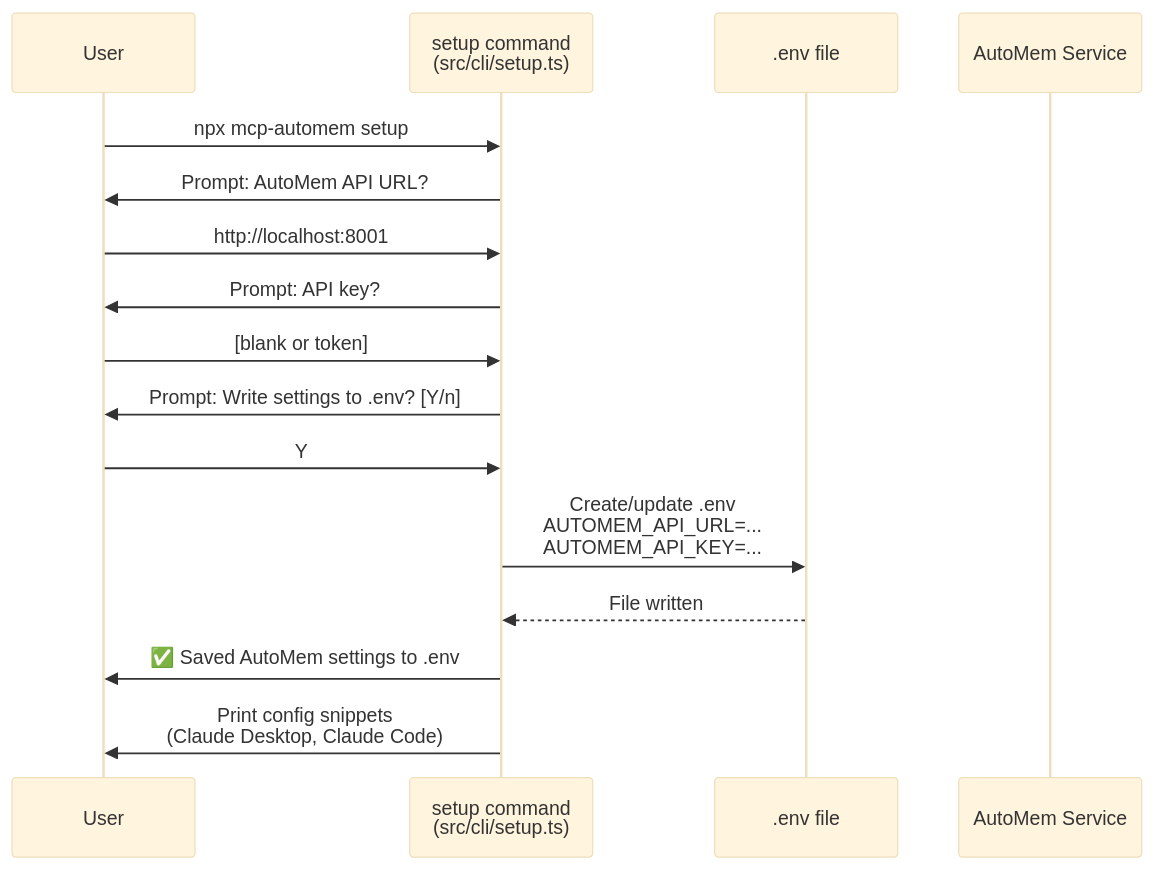
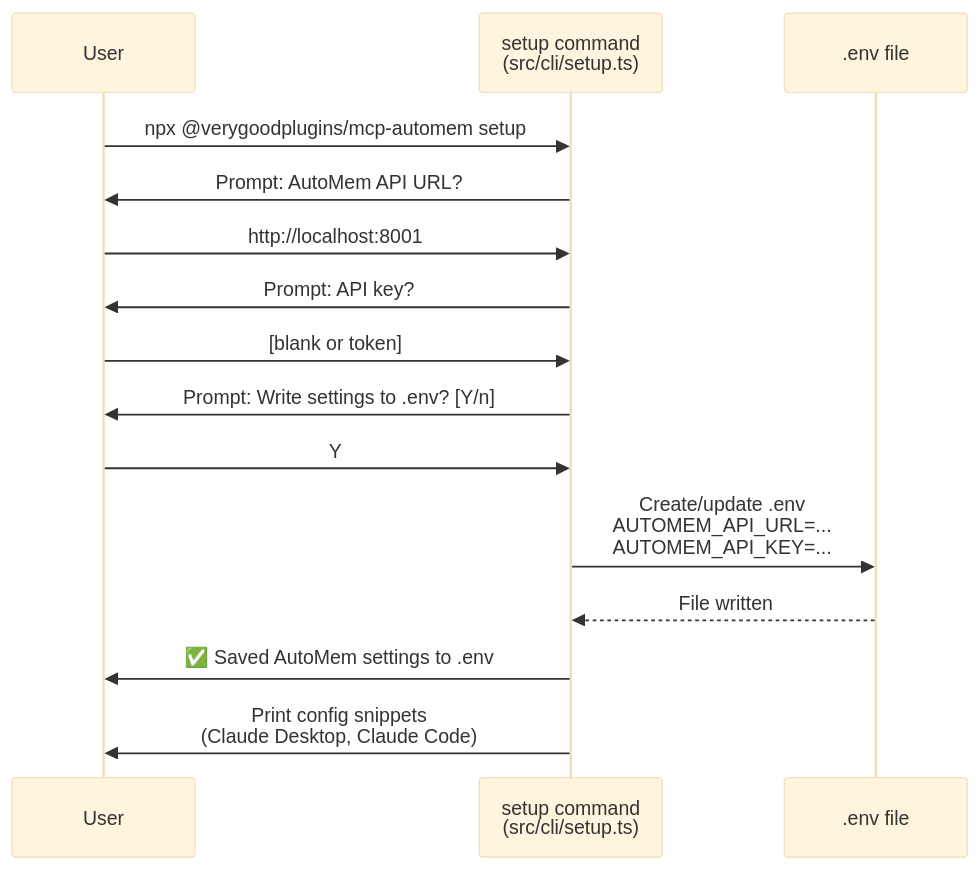
Before and after one commit to verygoodplugins/automem-website: the second of 2 diagrams in src/content/docs/docs/cli/setup.md, drawn with Mermaid (base theme). The commit also changed other lines of this file, not shown here.

First line of the commit message:
docs: address cli/setup.md review comments from PR #86

````diff
--- a/src/content/docs/docs/cli/setup.md
+++ b/src/content/docs/docs/cli/setup.md
@@ -248,21 +248,20 @@
 ```mermaid
 sequenceDiagram
     participant User
     participant CLI as setup command<br/>(src/cli/setup.ts)
     participant ENV as .env file
-    participant API as AutoMem Service
 
-    User->>CLI: npx mcp-automem setup
+    User->>CLI: npx @verygoodplugins/mcp-automem setup
     CLI->>User: Prompt: AutoMem API URL?
     User->>CLI: http://localhost:8001
     CLI->>User: Prompt: API key?
     User->>CLI: [blank or token]
     CLI->>User: Prompt: Write settings to .env? [Y/n]
     User->>CLI: Y
 
     CLI->>ENV: Create/update .env<br/>AUTOMEM_API_URL=...<br/>AUTOMEM_API_KEY=...
     ENV-->>CLI: File written
     CLI->>User: ✅ Saved AutoMem settings to .env
 
     CLI->>User: Print config snippets<br/>(Claude Desktop, Claude Code)
 ```
````
